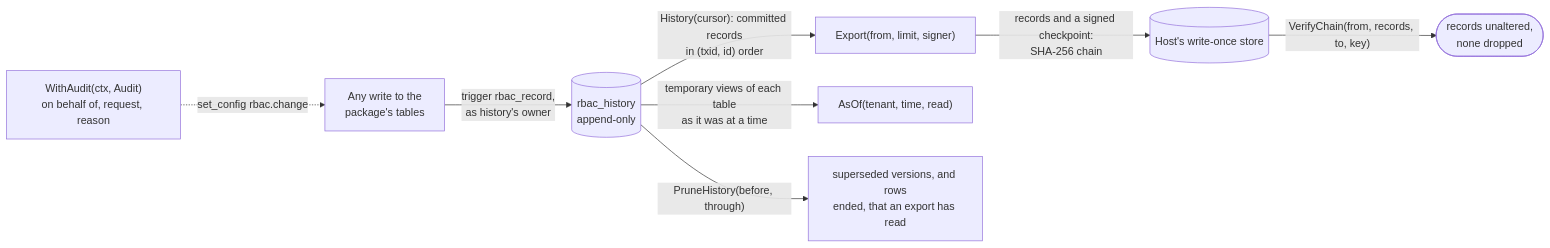
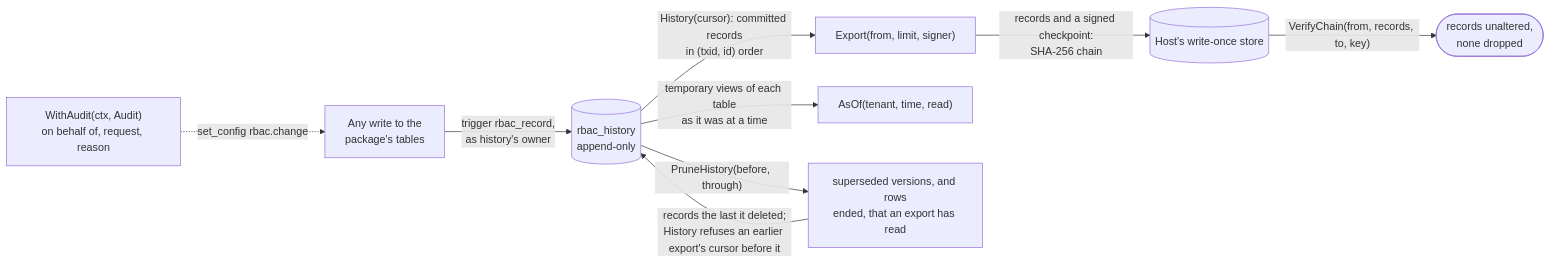
Before and after one commit to parallelworks/rbac: diagram 13 of 14 in docs/architecture.md, drawn with Mermaid. The commit also changed other lines of this file and 11 other files, not shown here.

````diff
--- a/docs/architecture.md
+++ b/docs/architecture.md
@@ -694,10 +695,11 @@
 ```mermaid
 flowchart LR
     write["Any write to the<br/>package's tables"] -->|"trigger rbac_record,<br/>as history's owner"| hist[("rbac_history<br/>append-only")]
     ctxa["WithAudit(ctx, Audit)<br/>on behalf of, request, reason"] -.->|"set_config rbac.change"| write
     hist -->|"History(cursor): committed records<br/>in (txid, id) order"| exp["Export(from, limit, signer)"]
     exp -->|"records and a signed checkpoint:<br/>SHA-256 chain"| store[("Host's write-once store")]
     store -->|"VerifyChain(from, records, to, key)"| verify(["records unaltered,<br/>none dropped"])
     hist -->|"temporary views of each table<br/>as it was at a time"| asof["AsOf(tenant, time, read)"]
     hist -->|"PruneHistory(before, through)"| prune["superseded versions, and rows<br/>ended, that an export has read"]
+    prune -->|"records the last it deleted;<br/>History refuses an earlier export's cursor before it"| hist
 ```
````
